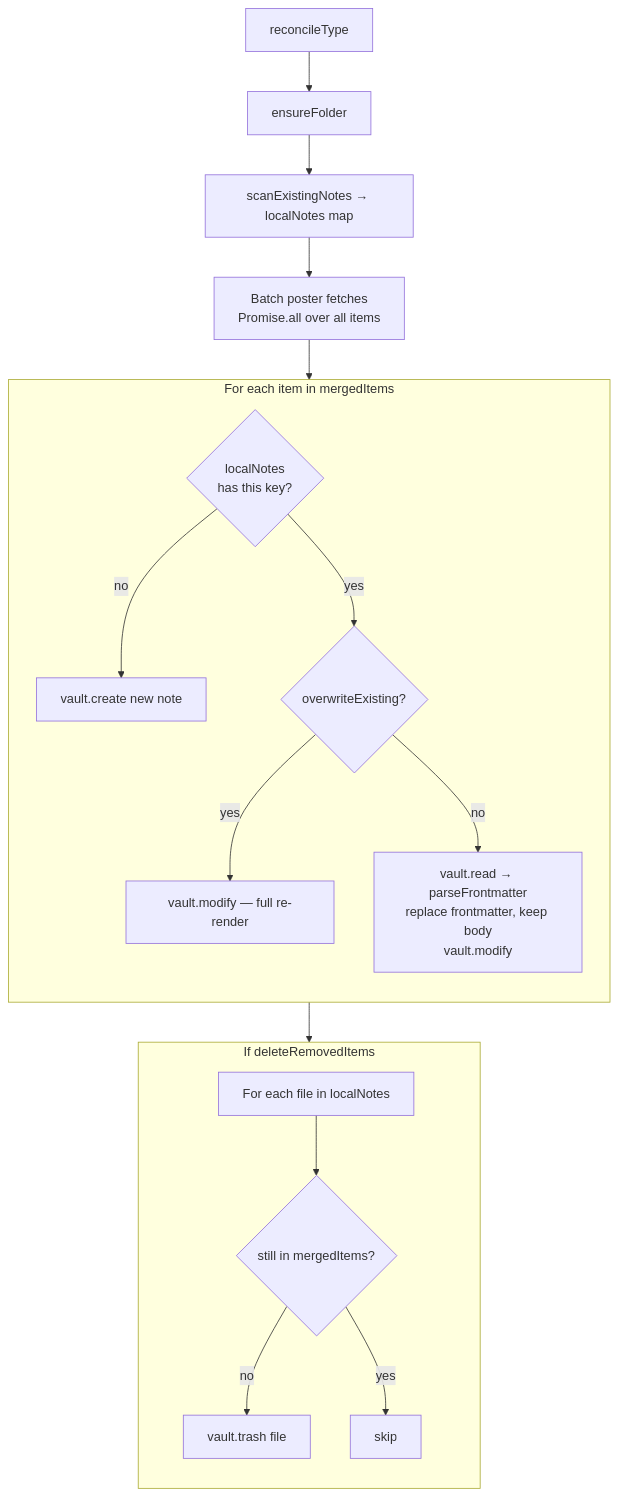
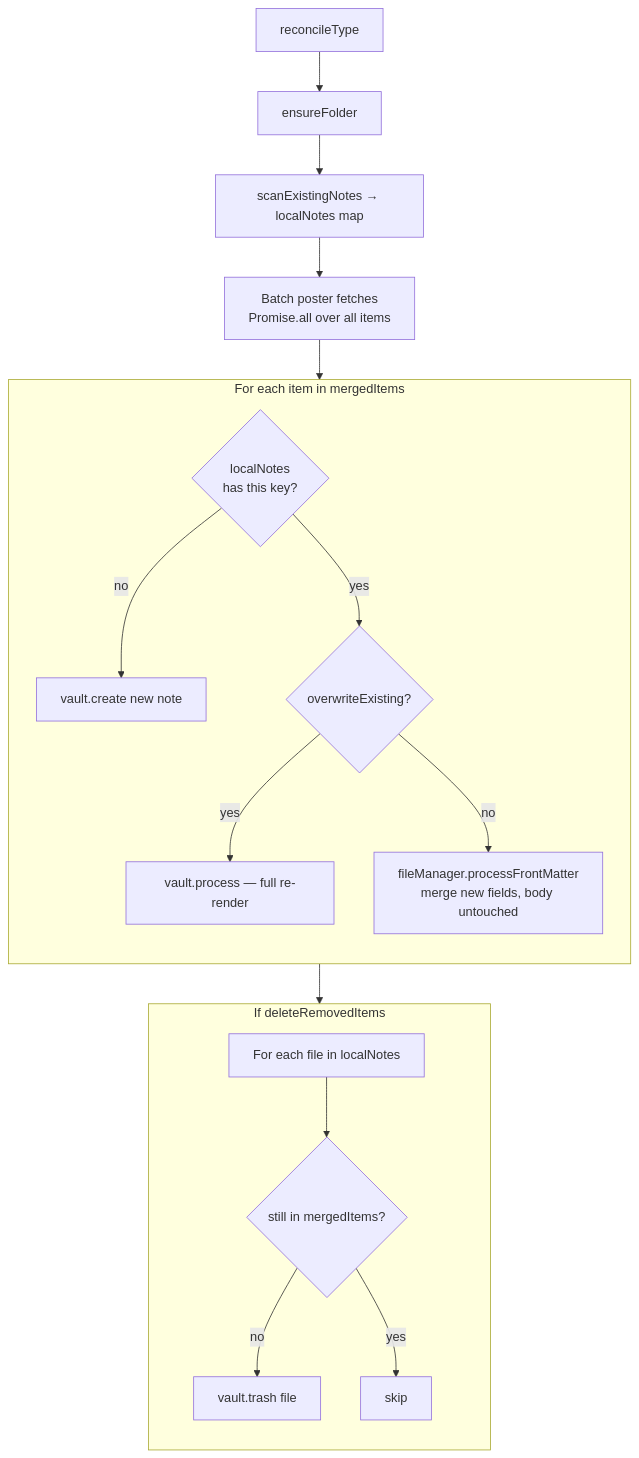
Before and after one commit to sarimabbas/traktr: diagram 11 of 16 in doc/DEVELOPER.md, drawn with Mermaid. The commit also changed other lines of this file and 6 other files, not shown here.

````diff
--- a/doc/DEVELOPER.md
+++ b/doc/DEVELOPER.md
@@ -309,26 +311,26 @@
 ```mermaid
 flowchart TD
     A[reconcileType] --> B[ensureFolder]
     B --> C[scanExistingNotes → localNotes map]
     C --> POSTERS[Batch poster fetches\nPromise.all over all items]
     POSTERS --> LOOP
 
     subgraph LOOP ["For each item in mergedItems"]
         direction TB
         L1{localNotes\nhas this key?}
         L1 -->|no| CREATE[vault.create new note]
         L1 -->|yes| L2{overwriteExisting?}
-        L2 -->|yes| OVERWRITE[vault.modify — full re-render]
-        L2 -->|no| FMONLY[vault.read → parseFrontmatter\nreplace frontmatter, keep body\nvault.modify]
+        L2 -->|yes| OVERWRITE[vault.process — full re-render]
+        L2 -->|no| FMONLY[fileManager.processFrontMatter\nmerge new fields, body untouched]
     end
 
     LOOP --> ORPHAN
 
     subgraph ORPHAN ["If deleteRemovedItems"]
         direction TB
         O1[For each file in localNotes]
         O1 --> O2{still in mergedItems?}
         O2 -->|no| O3[vault.trash file]
         O2 -->|yes| O4[skip]
     end
 ```
````
